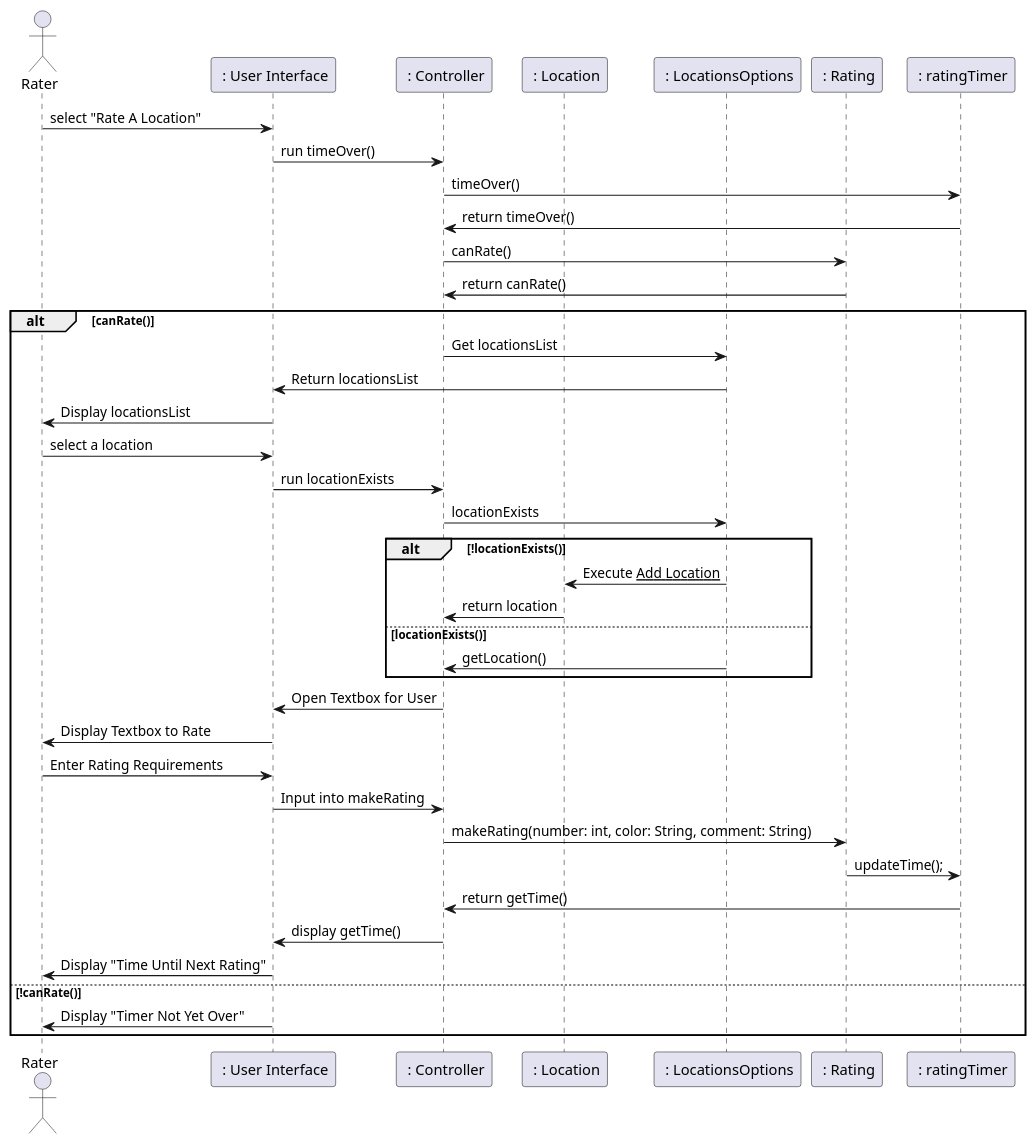
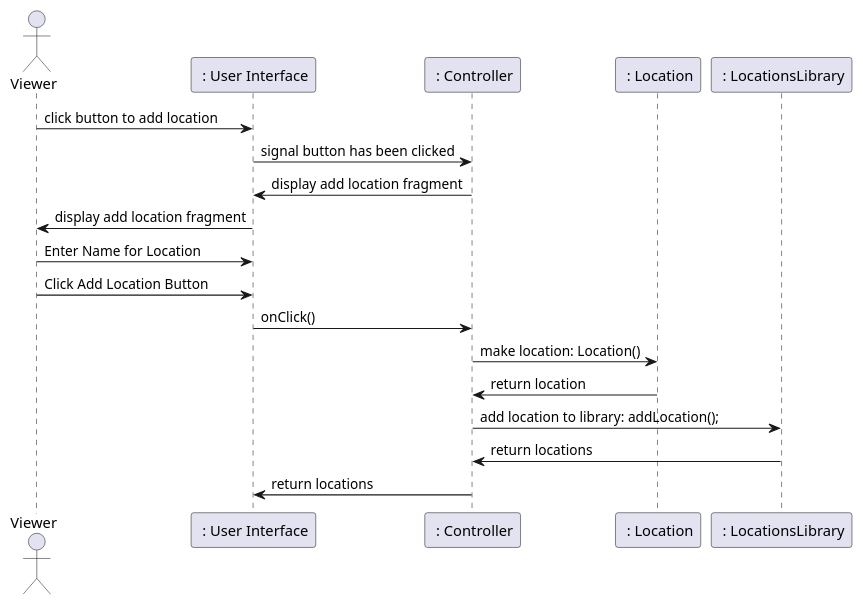
The fourth of 6 diagrams in intellij/documentation/design.md (manoushpajouh/Vassar-Crowdmeter), drawn with PlantUML before and after one commit. The commit also changed other lines of this file and 32 other files, not shown here.

Commit message:
updating the readme document and the design document to include new changes graphically

````diff
--- a/intellij/documentation/design.md
+++ b/intellij/documentation/design.md
@@ -122,49 +172,26 @@
 ```plantuml
 @startuml
-actor Rater as rater 
+actor Viewer as viewer 
 participant " : User Interface" as ui
 participant " : Controller" as controller
 participant " : Location" as location 
-participant " : LocationsOptions" as locOps 
-participant " : Rating" as ratings 
-participant " : ratingTimer" as timer 
+participant " : LocationsLibrary" as lib 
 
-rater -> ui  : select "Rate A Location"
-ui -> controller : run timeOver()
-controller -> timer : timeOver()
-timer -> controller : return timeOver()
-controller -> ratings  : canRate()
-ratings -> controller : return canRate()
-alt canRate()
+viewer -> ui: click button to add location 
+ui -> controller: signal button has been clicked
+controller -> ui : display add location fragment
+ui -> viewer: display add location fragment 
 
-controller -> locOps :  Get locationsList
-locOps -> ui : Return locationsList
-ui ->  rater : Display locationsList
-rater -> ui : select a location
-ui -> controller : run locationExists
-controller -> locOps: locationExists
+viewer -> ui : Enter Name for Location 
+viewer -> ui: Click Add Location Button 
+ui -> controller : onClick()
+controller -> location: make location: Location() 
+location -> controller: return location
 
-alt !locationExists()
-locOps -> location : Execute __Add Location__ 
-location -> controller : return location 
-else locationExists()
-locOps  -> controller : getLocation()
-end
+controller -> lib : add location to library: addLocation();
+lib -> controller: return locations
+controller -> ui : return locations
 
-controller -> ui : Open Textbox for User 
-ui -> rater : Display Textbox to Rate
-rater -> ui : Enter Rating Requirements
-ui -> controller : Input into makeRating
-controller -> ratings : makeRating(number: int, color: String, comment: String)
-
-ratings -> timer : updateTime();
-timer -> controller : return getTime()
-controller -> ui : display getTime()
-ui -> rater : Display "Time Until Next Rating"
-
-else !canRate()
-ui -> rater : Display "Timer Not Yet Over"
-end
 
 @enduml
 ```
````
